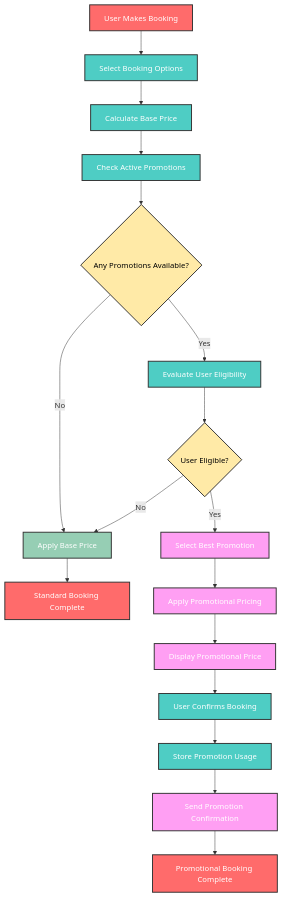
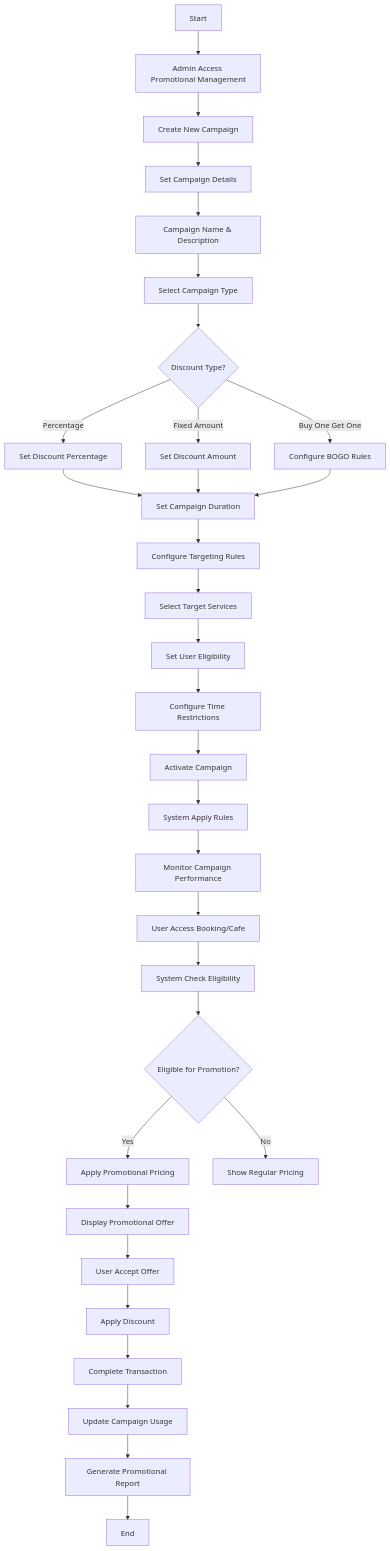
Before and after one commit to BlackCoffeee/raujan_pool: diagram 18 of 35 in Planing/06-uml-diagrams.md, drawn with Mermaid. The commit also changed other lines of this file, not shown here.

````diff
--- a/Planing/06-uml-diagrams.md
+++ b/Planing/06-uml-diagrams.md
@@ -1740,43 +1574,34 @@
 ```mermaid
-graph TD
-    A[User Makes Booking] --> B[Select Booking Options]
-    B --> C[Calculate Base Price]
-    C --> D[Check Active Promotions]
-    D --> E{Any Promotions Available?}
-    E -->|No| F[Apply Base Price]
-    E -->|Yes| G[Evaluate User Eligibility]
-    G --> H{User Eligible?}
-    H -->|No| F
-    H -->|Yes| I[Select Best Promotion]
-    I --> J[Apply Promotional Pricing]
-    J --> K[Display Promotional Price]
-    K --> L[User Confirms Booking]
-    L --> M[Store Promotion Usage]
-    M --> N[Send Promotion Confirmation]
-    N --> O[Promotional Booking Complete]
-    F --> P[Standard Booking Complete]
-
-    %% Custom styling
-    classDef start-end fill:#ff6b6b,stroke:#333,stroke-width:2px,color:#fff
-    classDef process fill:#4ecdc4,stroke:#333,stroke-width:2px,color:#fff
-    classDef decision fill:#ffeaa7,stroke:#333,stroke-width:2px,color:#000
-    classDef success fill:#96ceb4,stroke:#333,stroke-width:2px,color:#fff
-    classDef promo fill:#ff9ff3,stroke:#333,stroke-width:2px,color:#fff
-
-    A:::start-end
-    B:::process
-    C:::process
-    D:::process
-    E:::decision
-    F:::success
-    G:::process
-    H:::decision
-    I:::promo
-    J:::promo
-    K:::promo
-    L:::process
-    M:::process
-    N:::promo
-    O:::start-end
-    P:::start-end
+flowchart TD
+    A[Start] --> B[Admin Access Promotional Management]
+    B --> C[Create New Campaign]
+    C --> D[Set Campaign Details]
+    D --> E[Campaign Name & Description]
+    E --> F[Select Campaign Type]
+    F --> G{Discount Type?}
+    G -->|Percentage| H[Set Discount Percentage]
+    G -->|Fixed Amount| I[Set Discount Amount]
+    G -->|Buy One Get One| J[Configure BOGO Rules]
+    H --> K[Set Campaign Duration]
+    I --> K
+    J --> K
+    K --> L[Configure Targeting Rules]
+    L --> M[Select Target Services]
+    M --> N[Set User Eligibility]
+    N --> O[Configure Time Restrictions]
+    O --> P[Activate Campaign]
+    P --> Q[System Apply Rules]
+    Q --> R[Monitor Campaign Performance]
+    R --> S[User Access Booking/Cafe]
+    S --> T[System Check Eligibility]
+    T --> U{Eligible for Promotion?}
+    U -->|Yes| V[Apply Promotional Pricing]
+    U -->|No| W[Show Regular Pricing]
+    V --> X[Display Promotional Offer]
+    X --> Y[User Accept Offer]
+    Y --> Z[Apply Discount]
+    Z --> AA[Complete Transaction]
+    AA --> BB[Update Campaign Usage]
+    BB --> CC[Generate Promotional Report]
+    CC --> DD[End]
 ```
````
